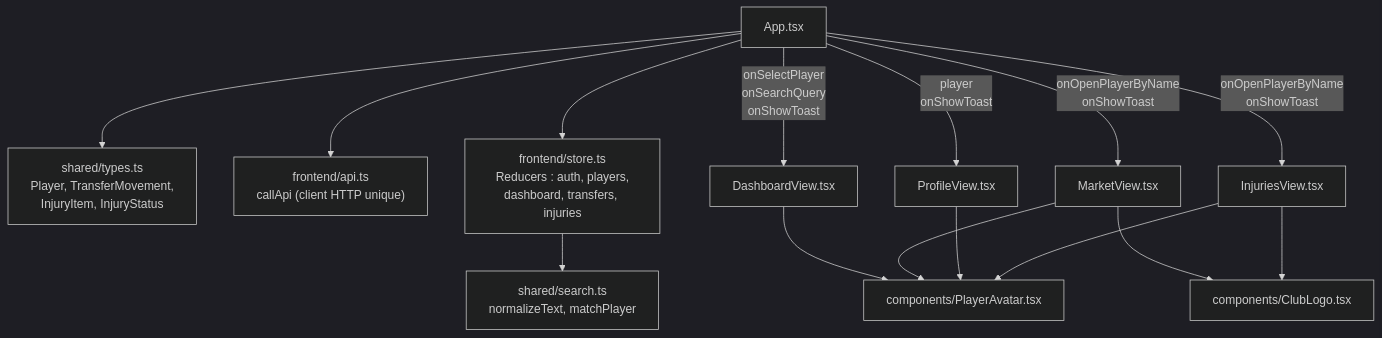
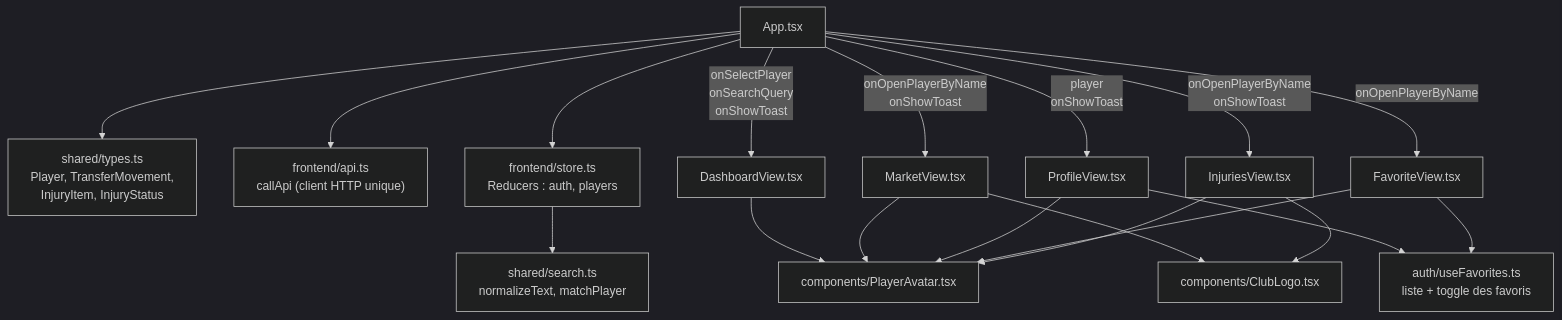
Before and after one commit to Jetromix78000/mpg-companion: the first of 3 diagrams in README.md, drawn with Mermaid (dark theme). The commit also changed other lines of this file and 12 other files, not shown here.

````diff
--- a/README.md
+++ b/README.md
@@ -89,21 +108,24 @@
 ```mermaid
 flowchart TB
     Types["shared/types.ts\nPlayer, TransferMovement,\nInjuryItem, InjuryStatus"]
     Search["shared/search.ts\nnormalizeText, matchPlayer"]
     Api["frontend/api.ts\ncallApi (client HTTP unique)"]
-    Store["frontend/store.ts\nReducers : auth, players,\ndashboard, transfers, injuries"]
+    Store["frontend/store.ts\nReducers : auth, players"]
+    Favs["auth/useFavorites.ts\nliste + toggle des favoris"]
     Avatar["components/PlayerAvatar.tsx"]
     ClubLogo["components/ClubLogo.tsx"]
 
     App["App.tsx"] --> Store & Api & Types
     Dash["DashboardView.tsx"] --> Avatar
     Market["MarketView.tsx"] --> Avatar & ClubLogo
-    Profile["ProfileView.tsx"] --> Avatar
+    Profile["ProfileView.tsx"] --> Avatar & Favs
+    Favorites["FavoriteView.tsx"] --> Avatar & Favs
     Injuries["InjuriesView.tsx"] --> Avatar & ClubLogo
     Store --> Search
 
     App -->|"onSelectPlayer\nonSearchQuery\nonShowToast"| Dash
     App -->|"onOpenPlayerByName\nonShowToast"| Market
     App -->|"player\nonShowToast"| Profile
+    App -->|"onOpenPlayerByName"| Favorites
     App -->|"onOpenPlayerByName\nonShowToast"| Injuries
 ```
````
